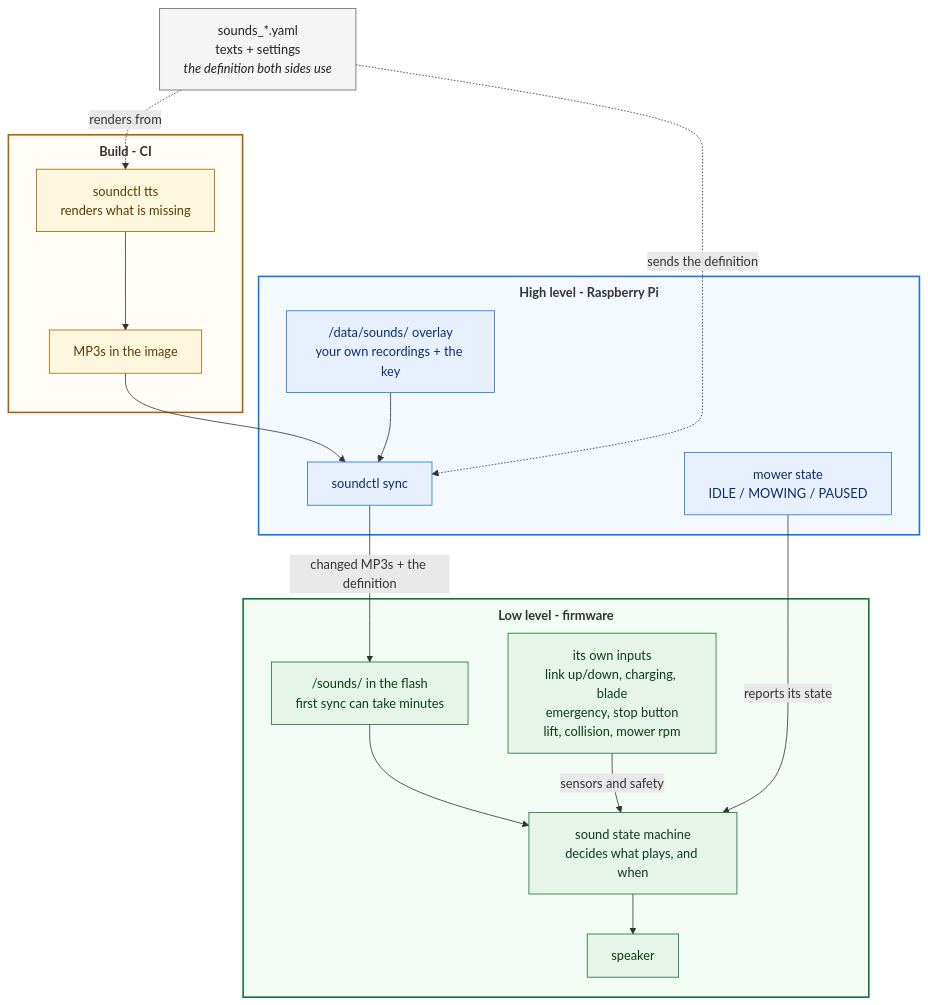
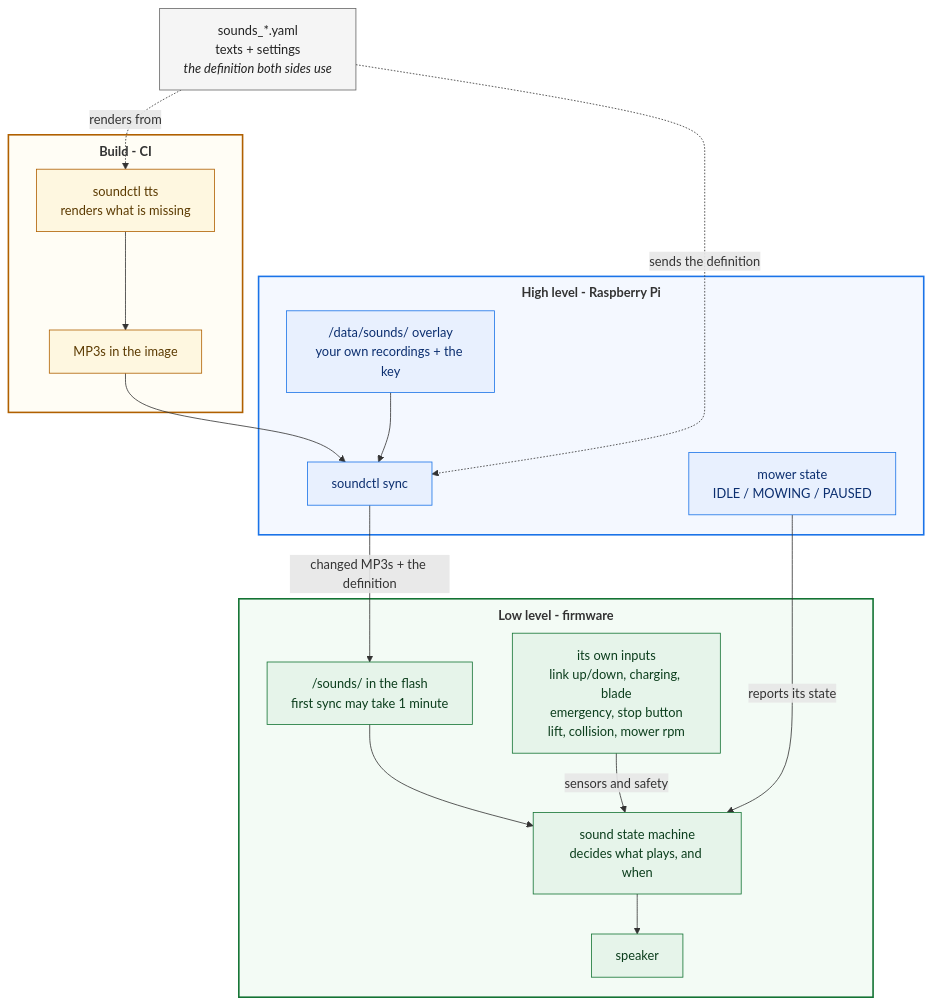
The diagram in content/en/docs/Knowledge-Base/configuration/sound/index.md (ClemensElflein/openmower.de), drawn with Mermaid before and after one commit. The commit also changed other lines of this file and 1 other file, not shown here.

Commit message:
docs(sound): the sync is much fast now

````diff
--- a/content/en/docs/Knowledge-Base/configuration/sound/index.md
+++ b/content/en/docs/Knowledge-Base/configuration/sound/index.md
@@ -43,41 +43,41 @@
 ```mermaid
 %%{init: {"flowchart": {"subGraphTitleMargin": {"top": 8, "bottom": 10}}}}%%
 flowchart TD
     Y["sounds_*.yaml<br/>texts + settings<br/><i>the definition both sides use</i>"]
     subgraph BUILD["<b>Build - CI</b>"]
         T["soundctl tts<br/>renders what is missing"]
         O["MP3s in the image"]
     end
     subgraph HL["<b>High level - Raspberry Pi</b>"]
         OV["/data/sounds/ overlay<br/>your own recordings + the key"]
         S["soundctl sync"]
         R["mower state<br/>IDLE / MOWING / PAUSED"]
     end
     subgraph LL["<b>Low level - firmware</b>"]
-        F["/sounds/ in the flash<br/>first sync can take minutes"]
+        F["/sounds/ in the flash<br/>first sync may take 1 minute"]
         IN["its own inputs<br/>link up/down, charging, blade<br/>emergency, stop button<br/>lift, collision, mower rpm"]
         M["sound state machine<br/>decides what plays, and when"]
         P["speaker"]
     end
     Y -.->|"renders from"| T
     Y -.->|"sends the definition"| S
     T --> O
     O --> S
     OV --> S
     S -->|"changed MP3s + the definition"| F
     R -->|"reports its state"| M
     IN -->|"sensors and safety"| M
     F --> M
     M --> P
     classDef src fill:#f5f5f5,stroke:#666666,color:#222222
     classDef build fill:#fef7e0,stroke:#b06000,color:#5b3a00
     classDef hl fill:#e8f0fe,stroke:#1a73e8,color:#0b2e6f
     classDef ll fill:#e6f4ea,stroke:#137333,color:#0b3d1c
     class Y src
     class T,O build
     class OV,S,R hl
     class F,IN,M,P ll
     style BUILD fill:#fffdf5,stroke:#b06000,stroke-width:2px
     style HL fill:#f4f8ff,stroke:#1a73e8,stroke-width:2px
     style LL fill:#f3fbf5,stroke:#137333,stroke-width:2px
 ```
````
